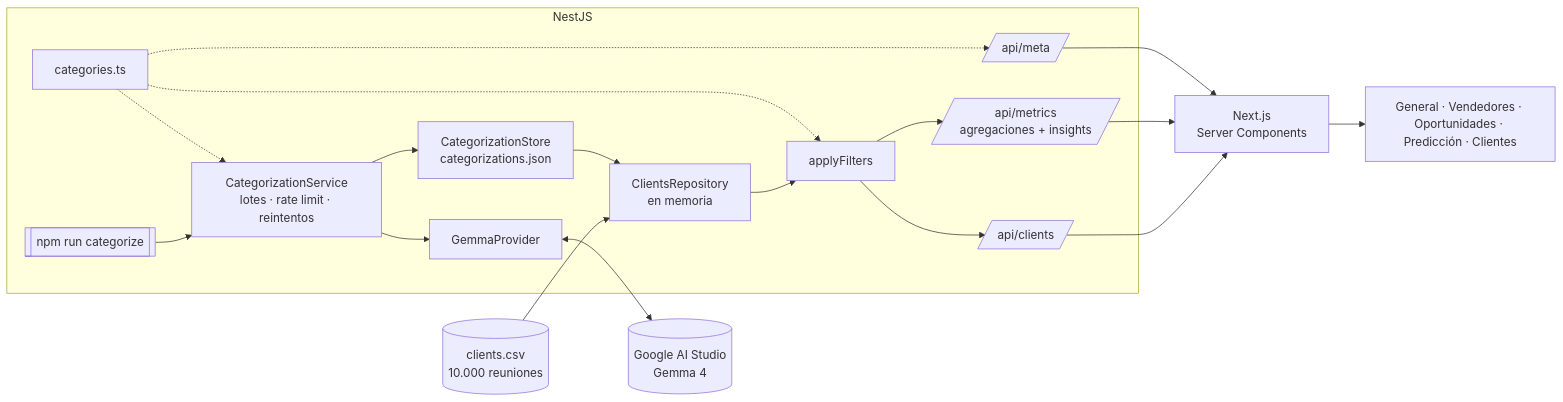
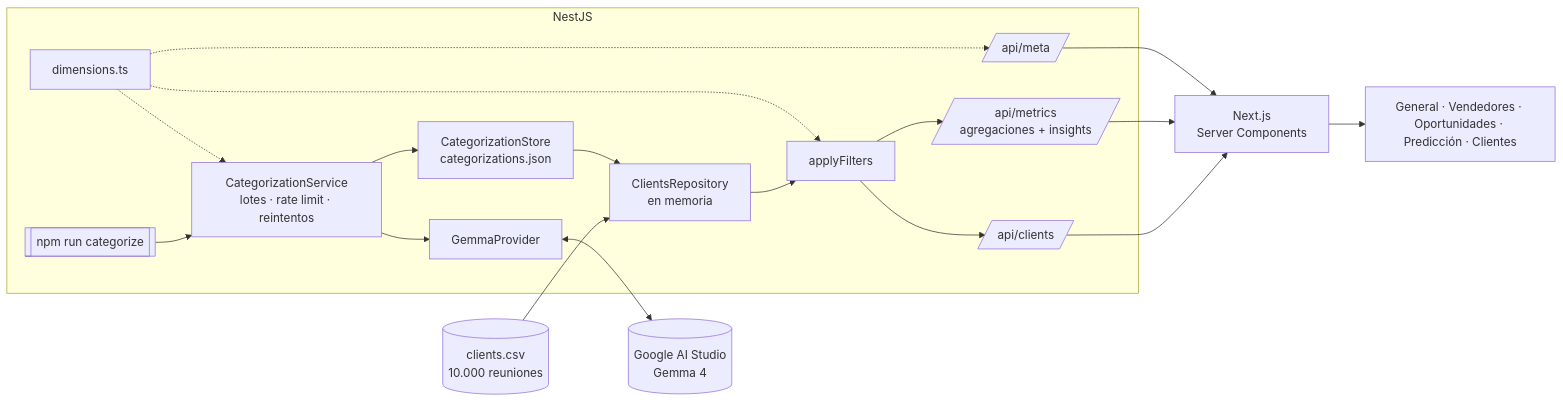
One commit to Witomi/vambe-homework changed the diagram in docs/ARCHITECTURE.md. Above: the diagram before and after it, drawn with Mermaid. The commit also changed other lines of this file and 30 other files, not shown here.

````diff
--- a/docs/ARCHITECTURE.md
+++ b/docs/ARCHITECTURE.md
@@ -5,19 +5,19 @@
 ```mermaid
 flowchart LR
   CSV[(clients.csv<br/>10.000 reuniones)] --> Repo
   subgraph Backend [NestJS]
     Repo[ClientsRepository<br/>en memoria]
     Store[CategorizationStore<br/>categorizations.json]
     CLI[[npm run categorize]] --> Svc[CategorizationService<br/>lotes · rate limit · reintentos]
     Svc --> LLM[GemmaProvider]
     Svc --> Store
     Store --> Repo
     Repo --> Filters[applyFilters]
     Filters --> Clients[/api/clients/]
     Filters --> Metrics[/api/metrics<br/>agregaciones + insights/]
-    Tax[categories.ts] -.-> Svc & Filters & Meta[/api/meta/]
+    Tax[dimensions.ts] -.-> Svc & Filters & Meta[/api/meta/]
   end
   LLM <--> Google[(Google AI Studio<br/>Gemma 4)]
   Clients & Metrics & Meta --> Next[Next.js<br/>Server Components]
   Next --> UI[General · Vendedores · Oportunidades · Predicción · Clientes]
 ```
````
